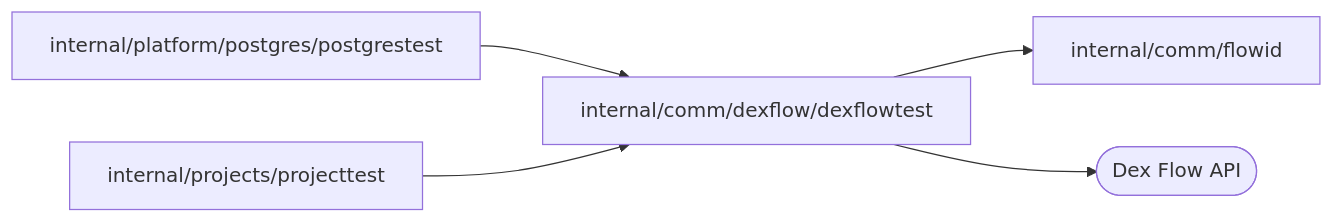
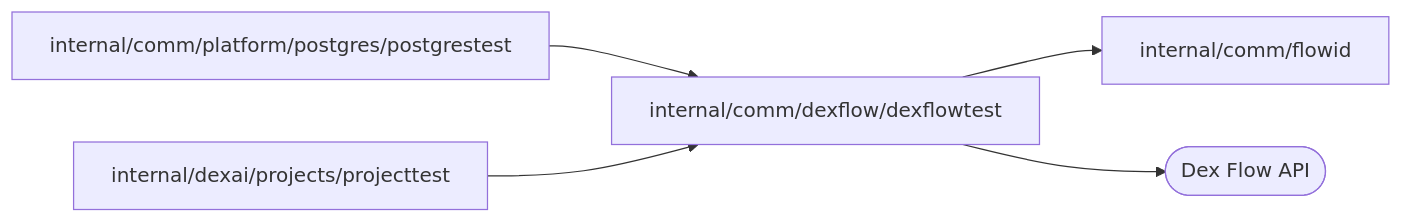
One commit to superdurable/superverse changed the diagram in internal/comm/dexflow/dexflowtest/README.md. Above: the diagram before and after it, drawn with Mermaid. The commit also changed other lines of this file and 1620 other files, not shown here.

First line of the commit message:
INTERNALTREE: move product code into internal/dexai and shared code into internal/comm

````diff
--- a/internal/comm/dexflow/dexflowtest/README.md
+++ b/internal/comm/dexflow/dexflowtest/README.md
@@ -10,8 +10,8 @@
 ```mermaid
 flowchart LR
   self["internal/comm/dexflow/dexflowtest"]
-  c0["internal/platform/postgres/postgrestest"] --> self
-  c1["internal/projects/projecttest"] --> self
+  c0["internal/comm/platform/postgres/postgrestest"] --> self
+  c1["internal/dexai/projects/projecttest"] --> self
   self --> d0["internal/comm/flowid"]
   self --> e0(["Dex Flow API"])
 ```
````
